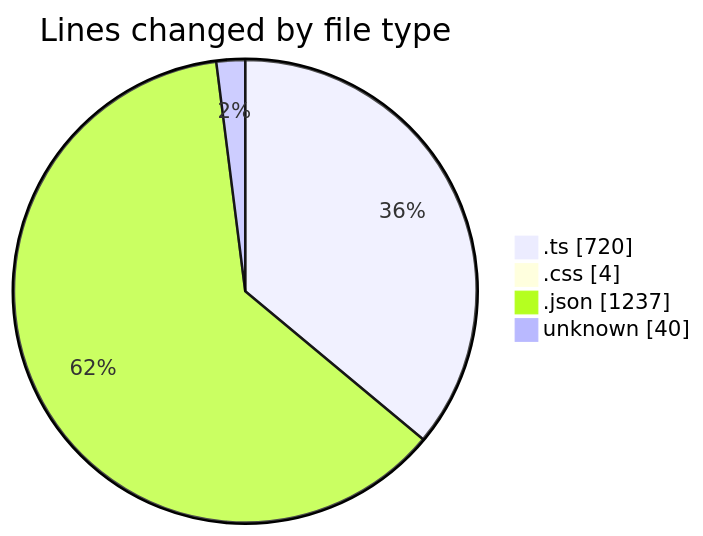
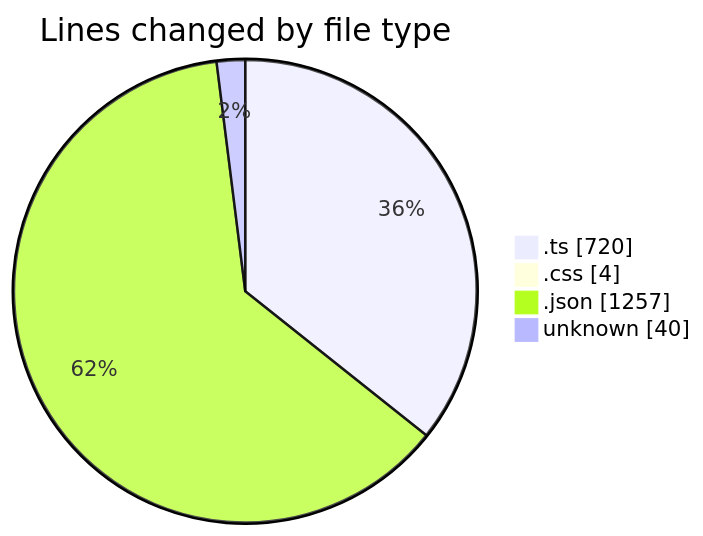
One commit to EIIisD/code-tracking changed the first of 2 diagrams in 2025-07-13/tampermonkey/README.md. Above: the diagram before and after it, drawn with Mermaid. The commit also changed other lines of this file and 1 other file, not shown here.

````diff
--- a/2025-07-13/tampermonkey/README.md
+++ b/2025-07-13/tampermonkey/README.md
@@ -33,8 +33,8 @@
 ```mermaid
 pie showData
 title Lines changed by file type
 ".ts" : 720
 ".css" : 4
-".json" : 1237
+".json" : 1257
 "unknown" : 40
 ```
````
